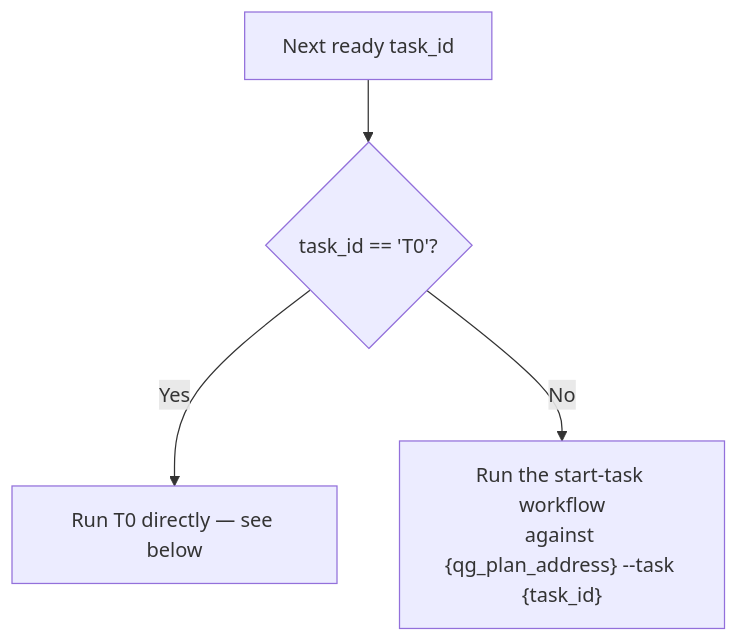
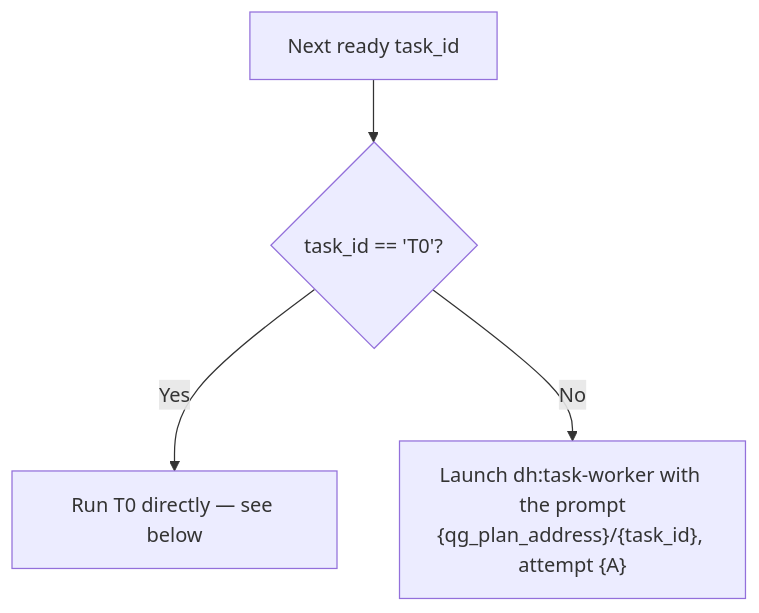
One commit to Jamie-BitFlight/claude_skills changed the diagram in plugins/development-harness/skills/complete-implementation/references/qg-dispatch-step.md. Above: the diagram before and after it, drawn with Mermaid. The commit also changed other lines of this file and 10 other files, not shown here.

````diff
--- a/plugins/development-harness/skills/complete-implementation/references/qg-dispatch-step.md
+++ b/plugins/development-harness/skills/complete-implementation/references/qg-dispatch-step.md
@@ -8,6 +8,6 @@
 ```mermaid
 flowchart TD
     Ready["Next ready task_id"] --> IsT0{task_id == 'T0'?}
     IsT0 -->|"Yes"| Direct["Run T0 directly — see below"]
-    IsT0 -->|"No"| Delegate["Run the start-task workflow<br>against {qg_plan_address} --task {task_id}"]
+    IsT0 -->|"No"| Delegate["Launch dh:task-worker with the prompt<br>{qg_plan_address}/{task_id}, attempt {A}"]
 ```
````
